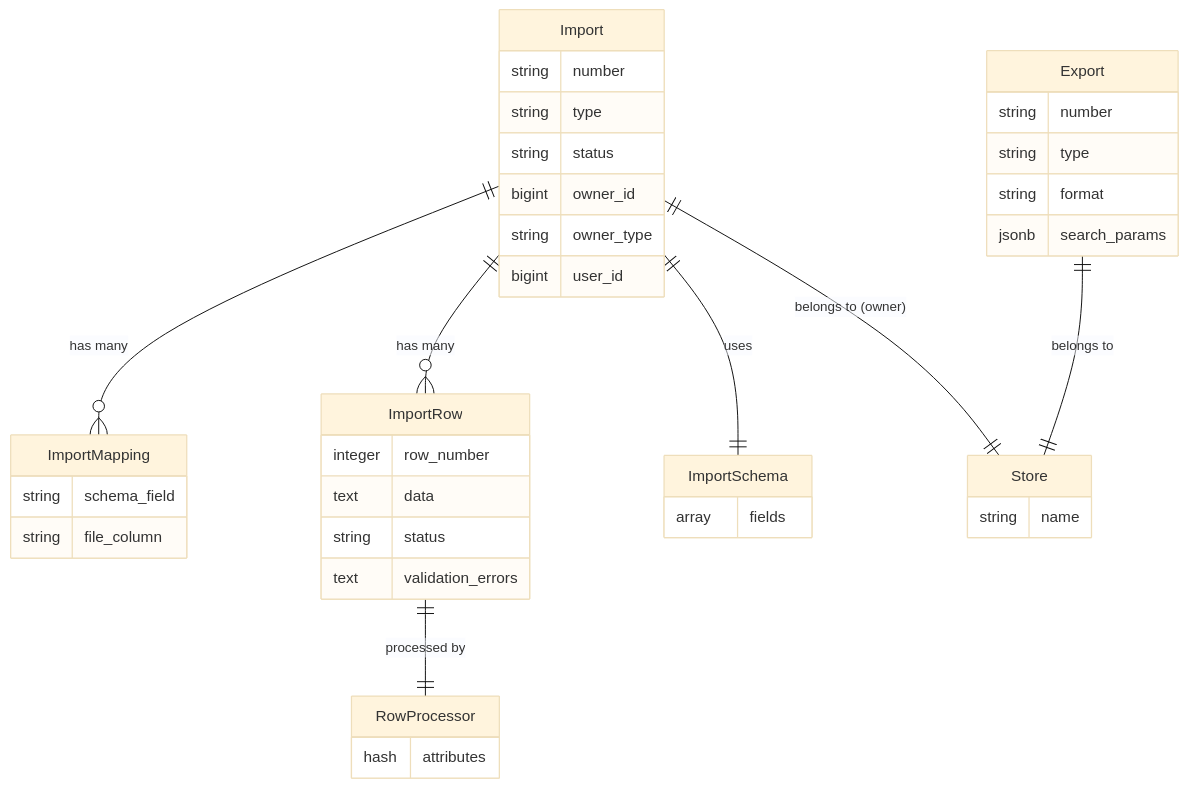
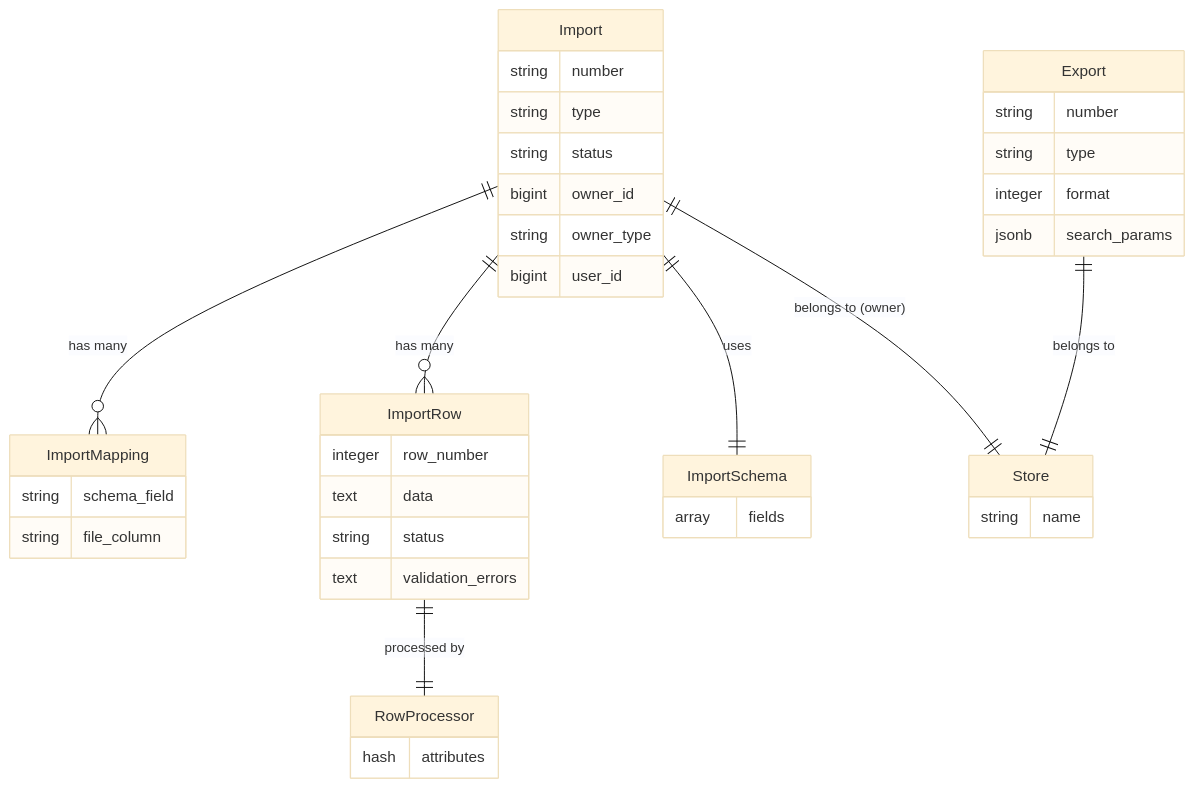
Before and after one commit to spree/spree: the diagram in docs/developer/core-concepts/imports-exports.mdx, drawn with Mermaid (base theme). The commit also changed other lines of this file and 43 other files, not shown here.

````diff
--- a/docs/developer/core-concepts/imports-exports.mdx
+++ b/docs/developer/core-concepts/imports-exports.mdx
@@ -11,49 +11,49 @@
 ```mermaid
 erDiagram
     Import {
         string number
         string type
         string status
         bigint owner_id
         string owner_type
         bigint user_id
     }
 
     ImportMapping {
         string schema_field
         string file_column
     }
 
     ImportRow {
         integer row_number
         text data
         string status
         text validation_errors
     }
 
     ImportSchema {
         array fields
     }
 
     RowProcessor {
         hash attributes
     }
 
     Export {
         string number
         string type
-        string format
+        integer format
         jsonb search_params
     }
 
     Store {
         string name
     }
 
     Import ||--|| Store : "belongs to (owner)"
     Import ||--o{ ImportMapping : "has many"
     Import ||--o{ ImportRow : "has many"
     Import ||--|| ImportSchema : "uses"
     ImportRow ||--|| RowProcessor : "processed by"
     Export ||--|| Store : "belongs to"
 ```
````
